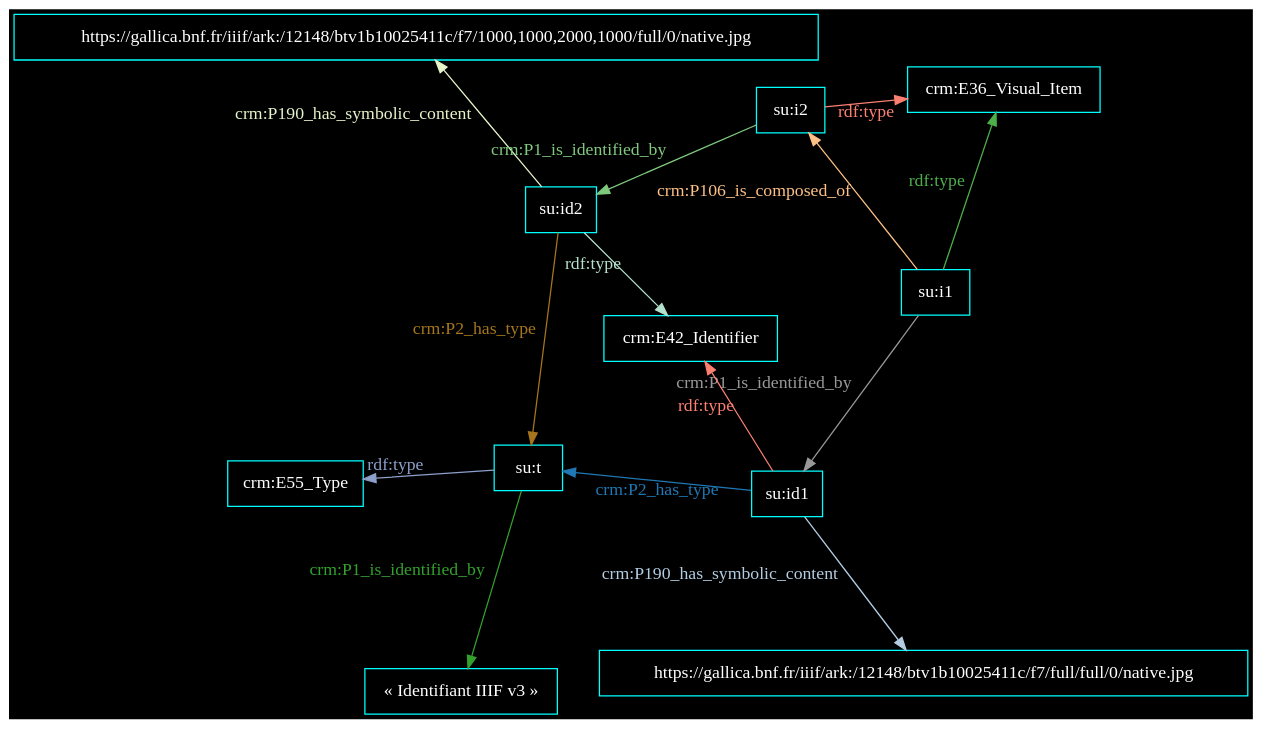
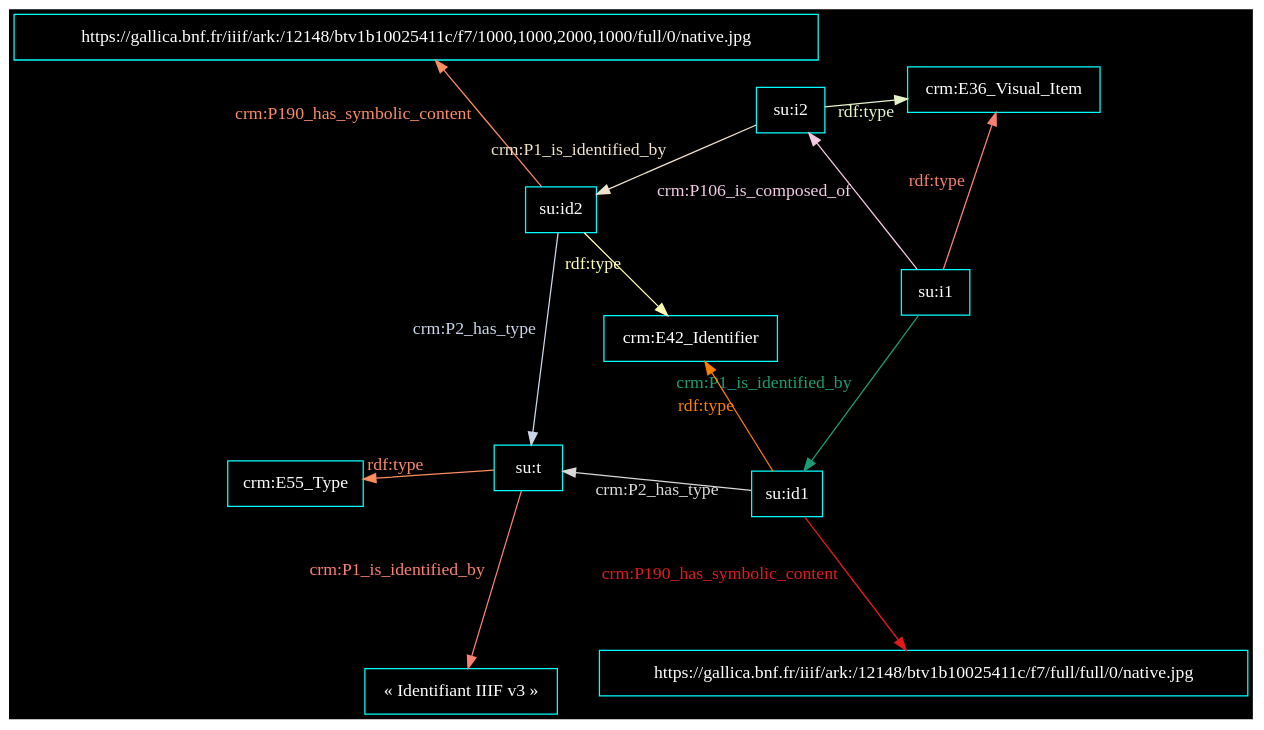
Before and after one commit to Amleth/communications: the diagram in out/2023.06.02_formation_so/dotfile_c7806580-5e89-40cf-a19c-c5d231e92a5a.dot, drawn with Graphviz. The commit also changed 11 other files, not shown here.

```diff
--- a/out/2023.06.02_formation_so/dotfile_c7806580-5e89-40cf-a19c-c5d231e92a5a.dot
+++ b/out/2023.06.02_formation_so/dotfile_c7806580-5e89-40cf-a19c-c5d231e92a5a.dot
@@ -1,27 +1,27 @@
 digraph {
     graph [bgcolor=black]
     rankdir=LR
     node [color=white,fontcolor=white,fontname="FiraCode Nerd Font Mono Regular",shape=box]
     edge [color=white,fontcolor=white,fontname="FiraCode Nerd Font Mono Regular"]
     
 
     layout=neato
 overlap=scale
 splines=true
 sep=.1
 node [color=cyan,fontcolor=white]
 edge [color=cyan,fontcolor=white]
-"su:i1" -> "crm:E36_Visual_Item" [label="rdf:type",color="#4daf4a",fontcolor="#4daf4a"]
-"su:t" -> "crm:E55_Type" [label="rdf:type",color="#8da0cb",fontcolor="#8da0cb"]
-"su:i1" -> "su:id1" [label="crm:P1_is_identified_by",color="#999999",fontcolor="#999999"]
-"su:id2" -> "su:t" [label="crm:P2_has_type",color="#a6761d",fontcolor="#a6761d"]
-"su:t" -> "« Identifiant IIIF v3 »" [label="crm:P1_is_identified_by",color="#33a02c",fontcolor="#33a02c"]
-"su:id1" -> "https://gallica.bnf.fr/iiif/ark:/12148/btv1b10025411c/f7/full/full/0/native.jpg" [label="crm:P190_has_symbolic_content",color="#b3cde3",fontcolor="#b3cde3"]
-"su:id2" -> "https://gallica.bnf.fr/iiif/ark:/12148/btv1b10025411c/f7/1000,1000,2000,1000/full/0/native.jpg" [label="crm:P190_has_symbolic_content",color="#e6f5c9",fontcolor="#e6f5c9"]
-"su:i2" -> "crm:E36_Visual_Item" [label="rdf:type",color="#fb8072",fontcolor="#fb8072"]
-"su:id1" -> "su:t" [label="crm:P2_has_type",color="#1f78b4",fontcolor="#1f78b4"]
-"su:i1" -> "su:i2" [label="crm:P106_is_composed_of",color="#fdc086",fontcolor="#fdc086"]
-"su:i2" -> "su:id2" [label="crm:P1_is_identified_by",color="#7fc97f",fontcolor="#7fc97f"]
-"su:id1" -> "crm:E42_Identifier" [label="rdf:type",color="#fb8072",fontcolor="#fb8072"]
-"su:id2" -> "crm:E42_Identifier" [label="rdf:type",color="#b3e2cd",fontcolor="#b3e2cd"]
+"su:i1" -> "crm:E36_Visual_Item" [label="rdf:type",color="#fb8072",fontcolor="#fb8072"]
+"su:t" -> "crm:E55_Type" [label="rdf:type",color="#fc8d62",fontcolor="#fc8d62"]
+"su:i1" -> "su:id1" [label="crm:P1_is_identified_by",color="#1b9e77",fontcolor="#1b9e77"]
+"su:id2" -> "su:t" [label="crm:P2_has_type",color="#cbd5e8",fontcolor="#cbd5e8"]
+"su:t" -> "« Identifiant IIIF v3 »" [label="crm:P1_is_identified_by",color="#fb8072",fontcolor="#fb8072"]
+"su:id1" -> "https://gallica.bnf.fr/iiif/ark:/12148/btv1b10025411c/f7/full/full/0/native.jpg" [label="crm:P190_has_symbolic_content",color="#e31a1c",fontcolor="#e31a1c"]
+"su:id2" -> "https://gallica.bnf.fr/iiif/ark:/12148/btv1b10025411c/f7/1000,1000,2000,1000/full/0/native.jpg" [label="crm:P190_has_symbolic_content",color="#fc8d62",fontcolor="#fc8d62"]
+"su:i2" -> "crm:E36_Visual_Item" [label="rdf:type",color="#e6f5c9",fontcolor="#e6f5c9"]
+"su:id1" -> "su:t" [label="crm:P2_has_type",color="#d9d9d9",fontcolor="#d9d9d9"]
+"su:i1" -> "su:i2" [label="crm:P106_is_composed_of",color="#f4cae4",fontcolor="#f4cae4"]
+"su:i2" -> "su:id2" [label="crm:P1_is_identified_by",color="#f1e2cc",fontcolor="#f1e2cc"]
+"su:id1" -> "crm:E42_Identifier" [label="rdf:type",color="#ff7f00",fontcolor="#ff7f00"]
+"su:id2" -> "crm:E42_Identifier" [label="rdf:type",color="#ffffb3",fontcolor="#ffffb3"]
 }
```
